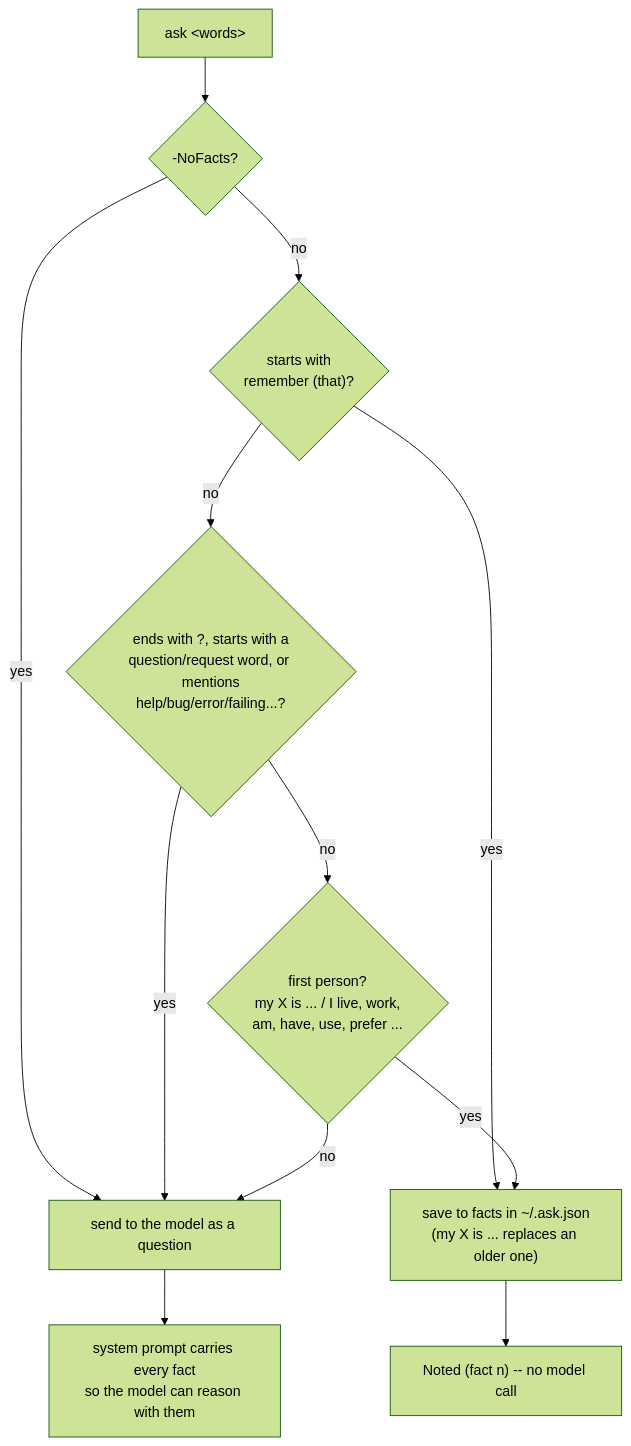
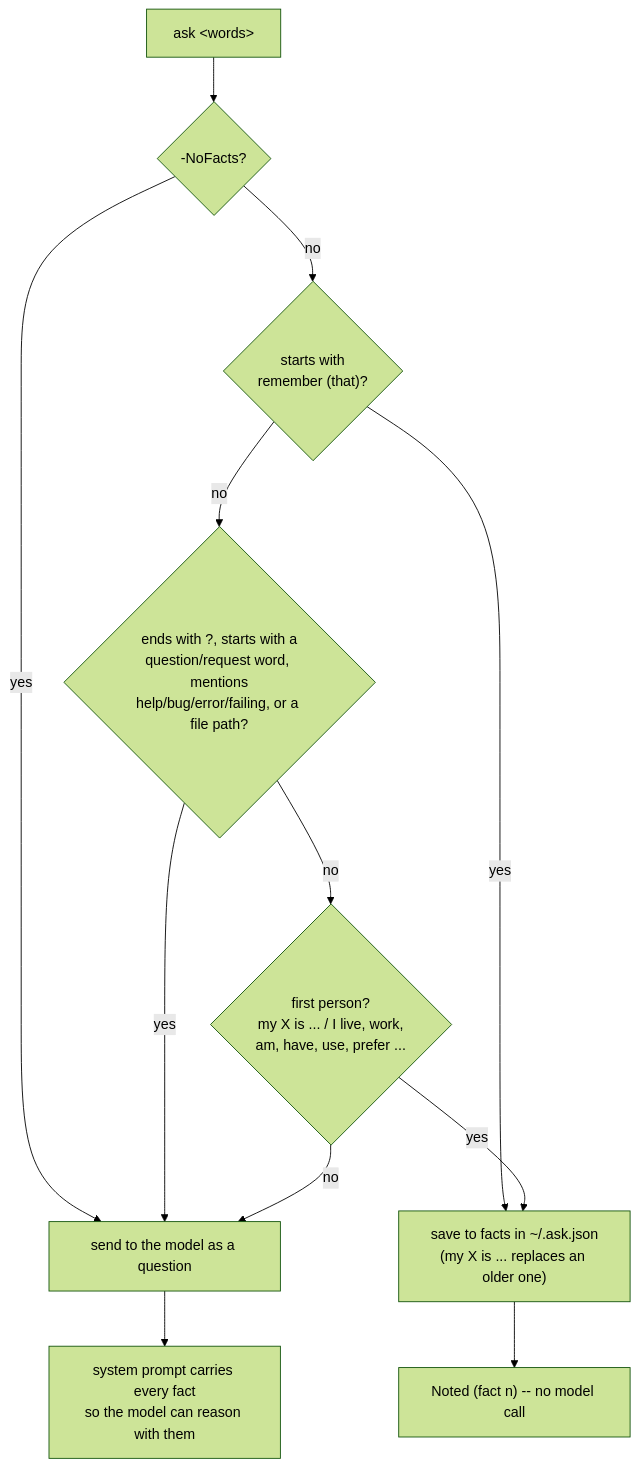
One commit to cschladetsch/Ps1Ask changed the sixth of 7 diagrams in README.md. Above: the diagram before and after it, drawn with Mermaid (forest theme). The commit also changed other lines of this file, not shown here.

````diff
--- a/README.md
+++ b/README.md
@@ -317,14 +320,14 @@
 ```mermaid
 flowchart TD
     I["ask &lt;words&gt;"] --> NF{"-NoFacts?"}
     NF -->|yes| Q["send to the model as a question"]
     NF -->|no| R{"starts with\nremember (that)?"}
     R -->|yes| SAVE
-    R -->|no| QM{"ends with ?, starts with a\nquestion/request word, or mentions\nhelp/bug/error/failing...?"}
+    R -->|no| QM{"ends with ?, starts with a\nquestion/request word, mentions\nhelp/bug/error/failing, or a file path?"}
     QM -->|yes| Q
     QM -->|no| FP{"first person?\nmy X is ... / I live, work,\nam, have, use, prefer ..."}
     FP -->|no| Q
     FP -->|yes| SAVE["save to facts in ~/.ask.json\n(my X is ... replaces an older one)"]
     SAVE --> ACK["Noted (fact n) -- no model call"]
     Q --> SYS["system prompt carries every fact\nso the model can reason with them"]
 ```
````
